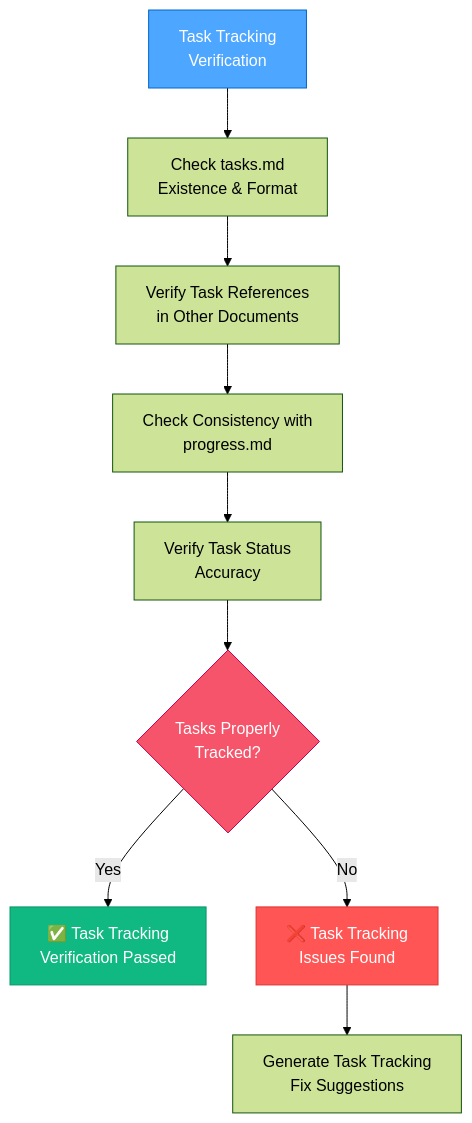
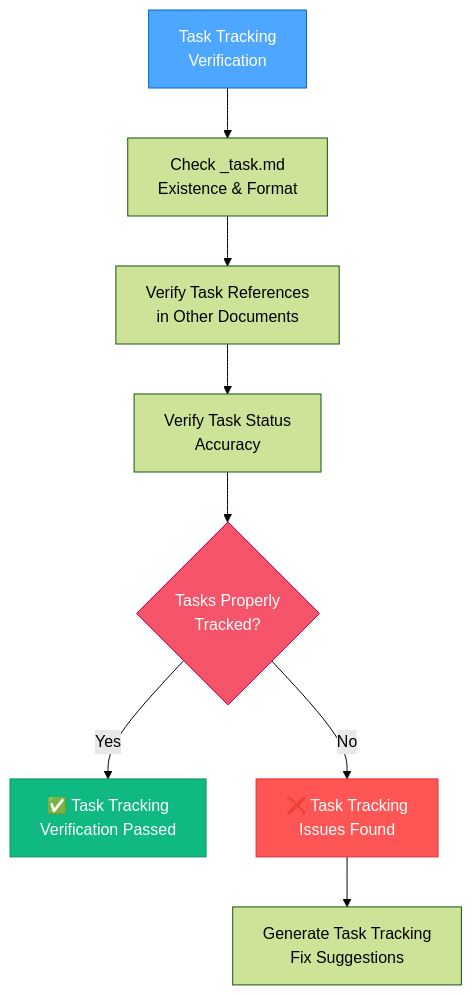
One commit to vanzan01/cursor-memory-bank changed the fourth of 10 diagrams in .cursor/rules/isolation_rules/visual-maps/qa-mode-map.mdc. Above: the diagram before and after it, drawn with Mermaid (forest theme). The commit also changed other lines of this file and 52 other files, not shown here.

Commit message:
Добавлены новые правила для управления активными задачами и генерации сообщений коммитов. Обновлены существующие правила для улучшения логики обработки контекста и управления задачами. Включены инструкции по созданию заметок для релиза и улучшены диаграммы процесса для режимов ARCHIVE и CREATIVE.

````diff
--- a/.cursor/rules/isolation_rules/visual-maps/qa-mode-map.mdc
+++ b/.cursor/rules/isolation_rules/visual-maps/qa-mode-map.mdc
@@ -142,18 +142,17 @@
 ```mermaid
 graph TD
-    TTV["Task Tracking<br>Verification"] --> CheckTasksFile["Check tasks.md<br>Existence & Format"]
+    TTV["Task Tracking<br>Verification"] --> CheckTasksFile["Check _task.md<br>Existence & Format"]
     CheckTasksFile --> VerifyReferences["Verify Task References<br>in Other Documents"]
-    VerifyReferences --> ProgressCheck["Check Consistency with<br>progress.md"]
-    ProgressCheck --> StatusCheck["Verify Task Status<br>Accuracy"]
+    VerifyReferences --> StatusCheck["Verify Task Status<br>Accuracy"]
 
     StatusCheck --> TaskConsistency{"Tasks Properly<br>Tracked?"}
     TaskConsistency -->|"Yes"| PassTasks["✅ Task Tracking<br>Verification Passed"]
     TaskConsistency -->|"No"| FailTasks["❌ Task Tracking<br>Issues Found"]
 
     FailTasks --> TaskFixSuggestions["Generate Task Tracking<br>Fix Suggestions"]
 
     style TTV fill:#4da6ff,stroke:#0066cc,color:white
     style TaskConsistency fill:#f6546a,stroke:#c30052,color:white
     style PassTasks fill:#10b981,stroke:#059669,color:white
     style FailTasks fill:#ff5555,stroke:#dd3333,color:white
 ```
````
